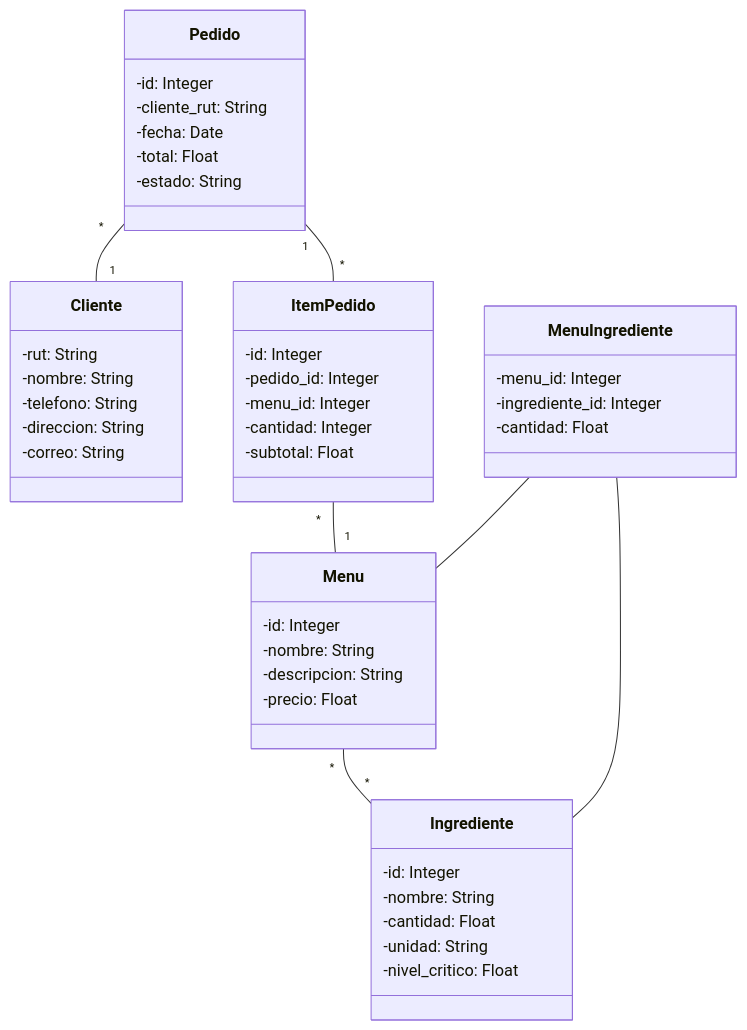
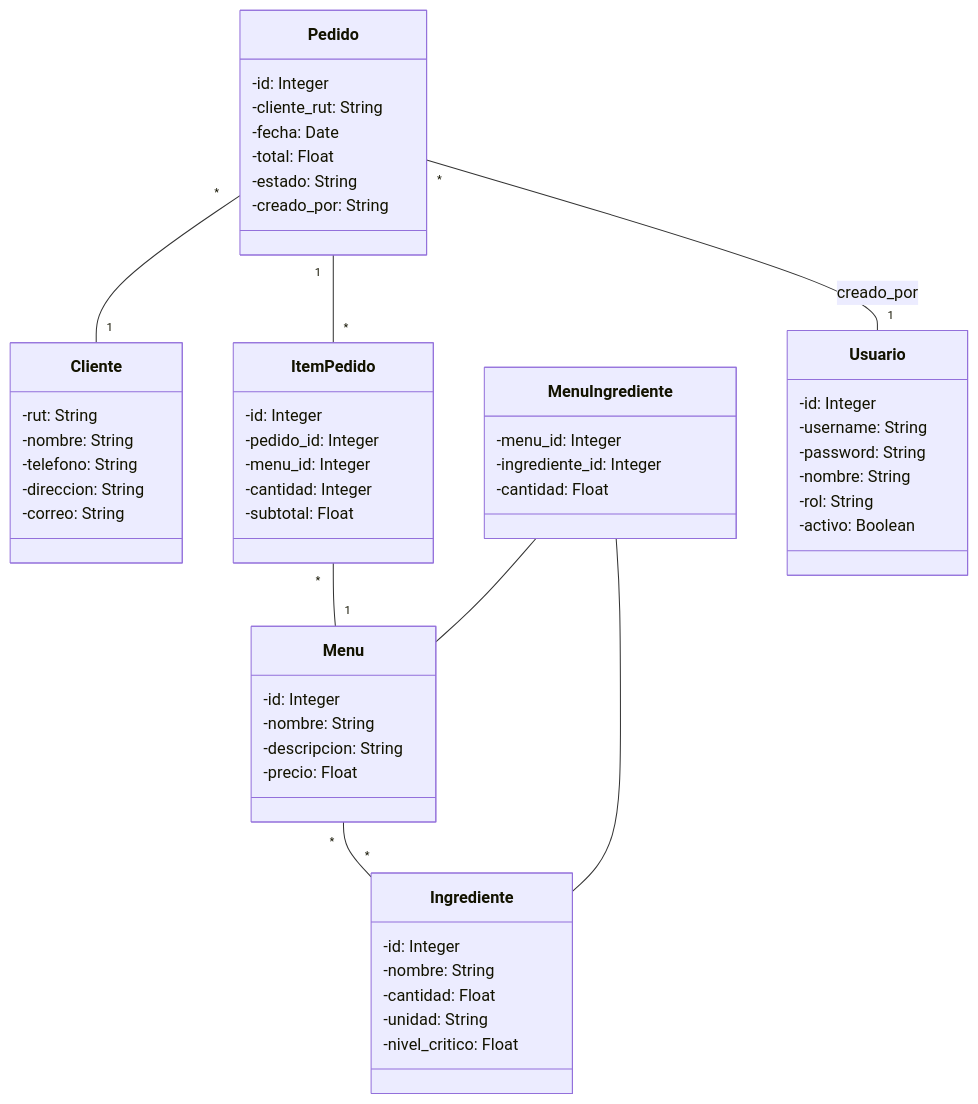
The fifth of 12 diagrams in Sistema_Restaurante/Docs/Diagramas/Diagramas.md (Fabo01/Dise-o_Software), drawn with Mermaid before and after one commit. The commit also changed other lines of this file and 8 other files, not shown here.

````diff
--- a/Sistema_Restaurante/Docs/Diagramas/Diagramas.md
+++ b/Sistema_Restaurante/Docs/Diagramas/Diagramas.md
@@ -328,54 +328,65 @@
 ```mermaid
 classDiagram
     class Cliente {
         -rut: String
         -nombre: String
         -telefono: String
         -direccion: String
         -correo: String
     }
     
     class Ingrediente {
         -id: Integer
         -nombre: String
         -cantidad: Float
         -unidad: String
         -nivel_critico: Float
     }
     
     class Menu {
         -id: Integer
         -nombre: String
         -descripcion: String
         -precio: Float
     }
     
     class Pedido {
         -id: Integer
         -cliente_rut: String
         -fecha: Date
         -total: Float
         -estado: String
+        -creado_por: String
     }
     
     class ItemPedido {
         -id: Integer
         -pedido_id: Integer
         -menu_id: Integer
         -cantidad: Integer
         -subtotal: Float
     }
     
     class MenuIngrediente {
         -menu_id: Integer
         -ingrediente_id: Integer
         -cantidad: Float
     }
+
+    class Usuario {
+        -id: Integer
+        -username: String
+        -password: String
+        -nombre: String
+        -rol: String
+        -activo: Boolean
+    }
     
     Pedido "1" -- "*" ItemPedido
     ItemPedido "*" -- "1" Menu
     Menu "*" -- "*" Ingrediente
     MenuIngrediente -- Menu
     MenuIngrediente -- Ingrediente
     Pedido "*" -- "1" Cliente
+    Pedido "*" -- "1" Usuario : creado_por
 ```
````
